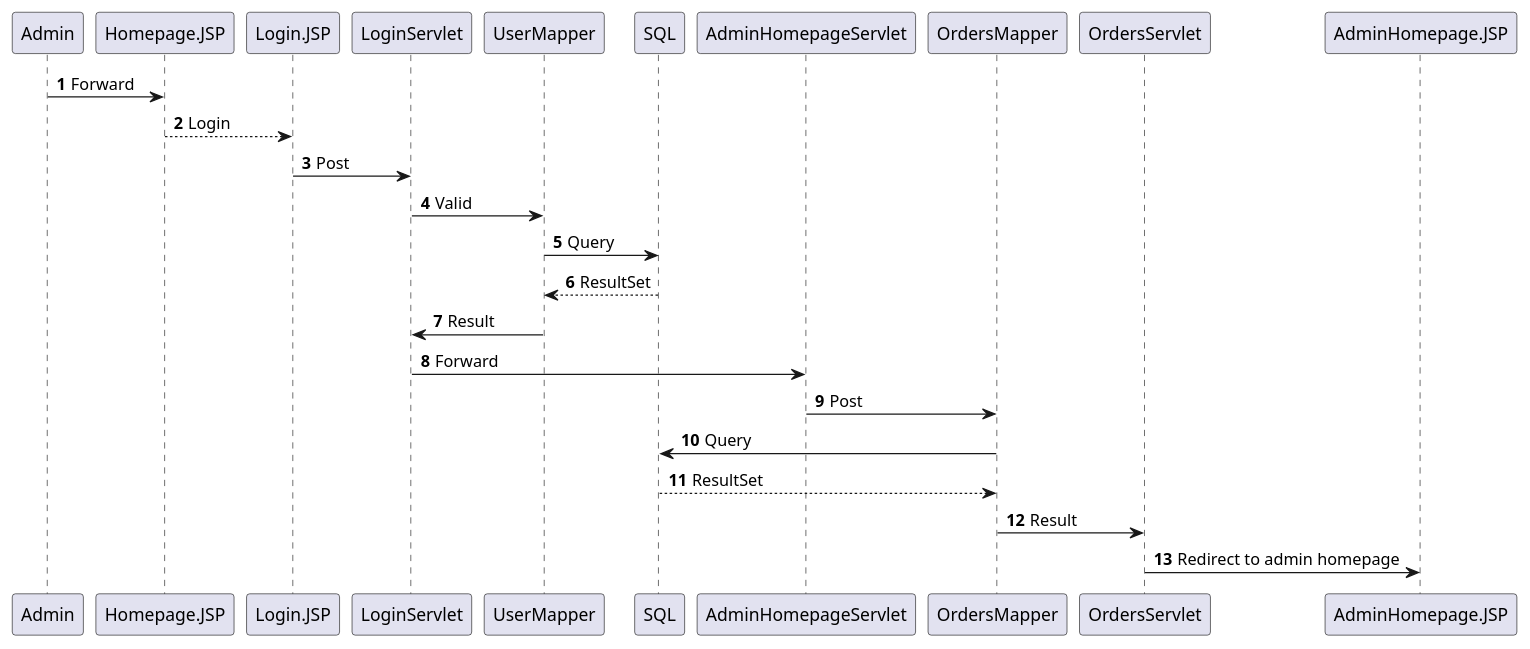
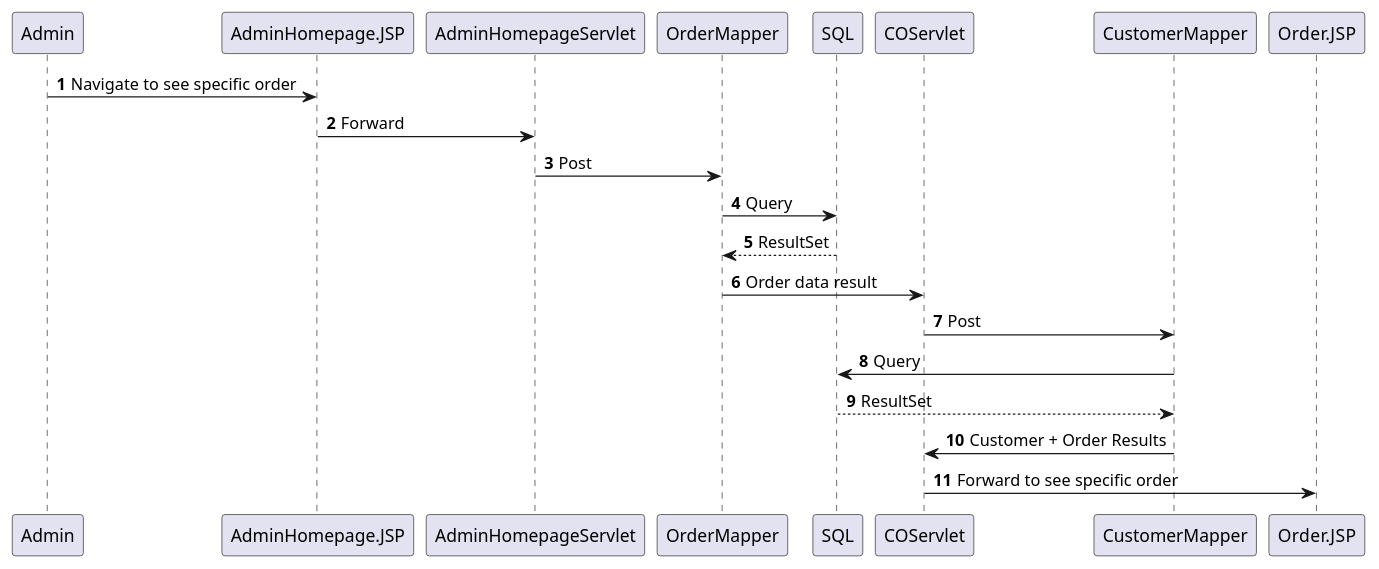
One commit to HeinLarsen/fog-carport changed the diagram in documentation/SqAdminSeeOrders.puml. Above: the diagram before and after it, drawn with PlantUML. The commit also changed 2 other files, not shown here.

```diff
--- a/documentation/SqAdminSeeOrders.puml
+++ b/documentation/SqAdminSeeOrders.puml
@@ -1,21 +1,18 @@
 @startuml
 'https://plantuml.com/sequence-diagram
 
 autonumber
 
-Admin -> Homepage.JSP: Forward
-Homepage.JSP --> Login.JSP: Login
-Login.JSP -> LoginServlet: Post
-LoginServlet -> UserMapper: Valid
-UserMapper -> SQL: Query
-SQL --> UserMapper: ResultSet
-UserMapper -> LoginServlet: Result
-LoginServlet -> AdminHomepageServlet: Forward
-
-AdminHomepageServlet -> OrdersMapper: Post
-OrdersMapper -> SQL: Query
-SQL --> OrdersMapper: ResultSet
-OrdersMapper -> OrdersServlet: Result
-OrdersServlet -> AdminHomepage.JSP: Redirect to admin homepage
+Admin -> AdminHomepage.JSP: Navigate to see specific order
+AdminHomepage.JSP -> AdminHomepageServlet: Forward
+AdminHomepageServlet -> OrderMapper: Post
+OrderMapper -> SQL: Query
+SQL --> OrderMapper: ResultSet
+OrderMapper -> COServlet: Order data result
+COServlet -> CustomerMapper: Post
+CustomerMapper -> SQL: Query
+SQL --> CustomerMapper: ResultSet
+CustomerMapper -> COServlet: Customer + Order Results
+COServlet -> Order.JSP: Forward to see specific order
 
 @enduml
```
